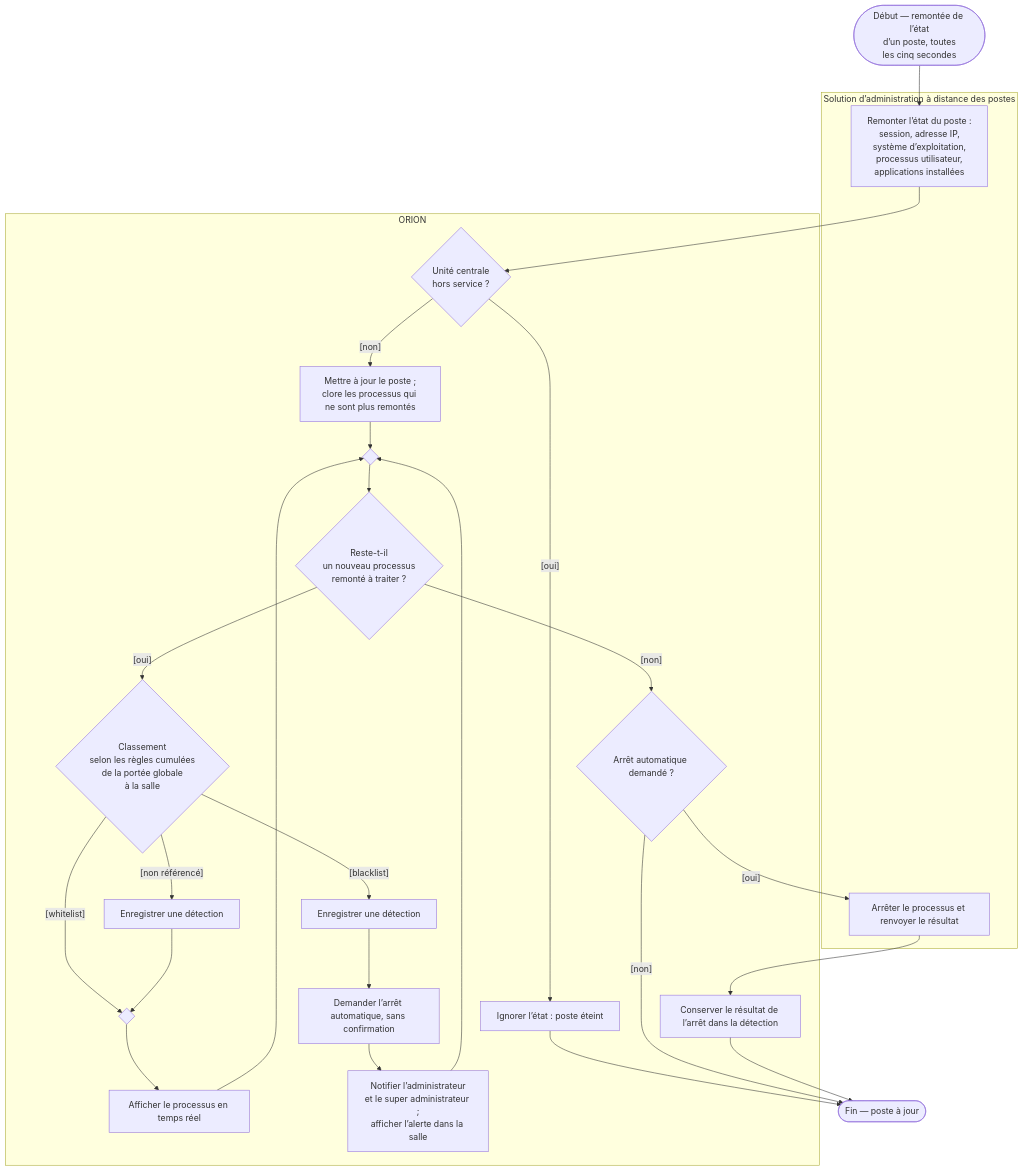
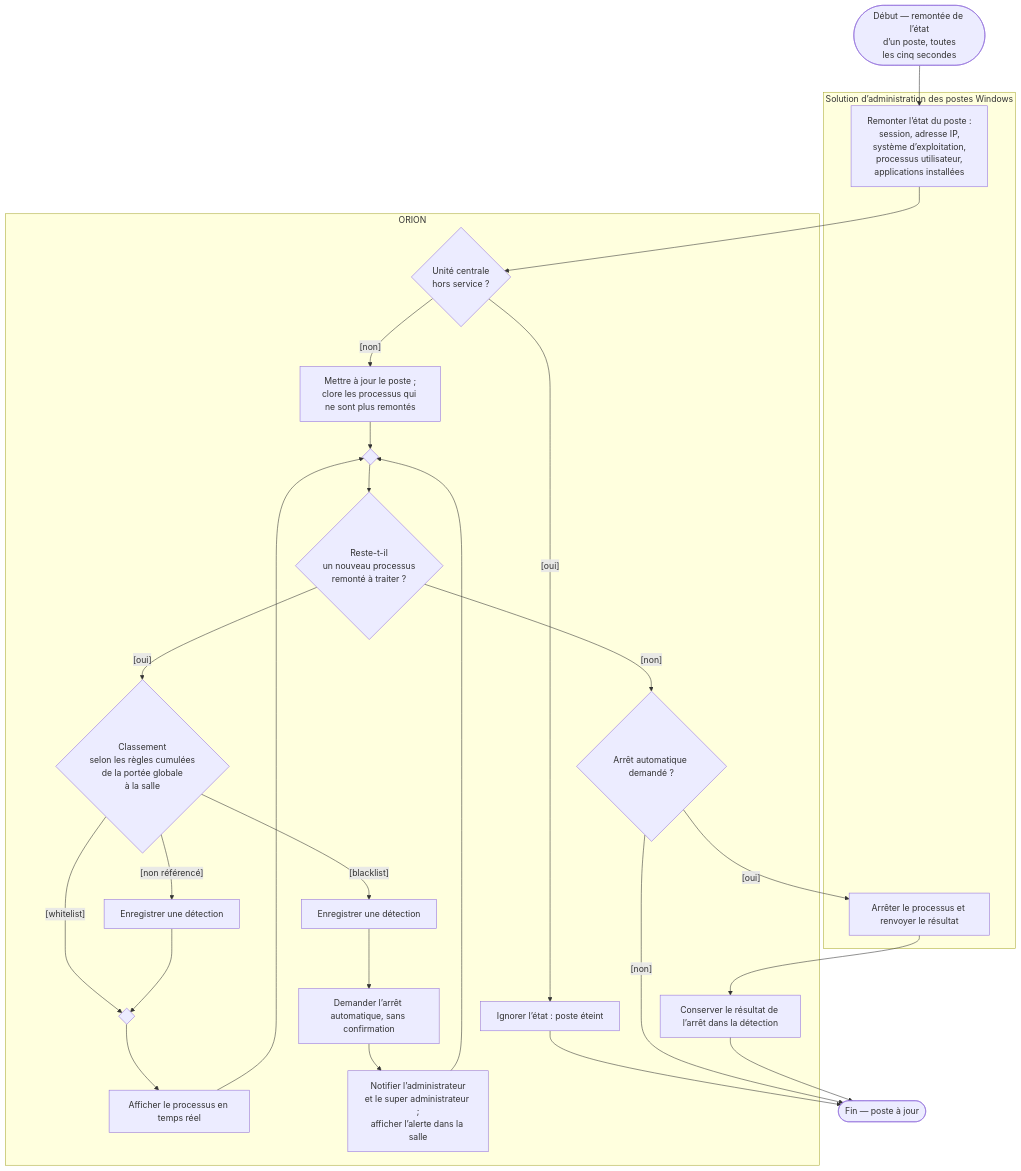
One commit to bpierrelouis/aster changed diagram 12 of 19 in docs/02-ANALYSE/02-CAPTURE-DES-BESOINS/08-DIAGRAMMES-ACTIVITE-CAS-UTILISATION.md. Above: the diagram before and after it, drawn with Mermaid. The commit also changed other lines of this file and 20 other files, not shown here.

Commit message:
docs(diagrammes): corriger la notation et les multiplicités des diagrammes UML

````diff
--- a/docs/02-ANALYSE/02-CAPTURE-DES-BESOINS/08-DIAGRAMMES-ACTIVITE-CAS-UTILISATION.md
+++ b/docs/02-ANALYSE/02-CAPTURE-DES-BESOINS/08-DIAGRAMMES-ACTIVITE-CAS-UTILISATION.md
@@ -400,39 +400,39 @@
 ```mermaid
 flowchart TD
     debut(["Début — remontée de l’état<br/>d’un poste, toutes<br/>les cinq secondes"])
     fin(["Fin — poste à jour"])
 
-    subgraph POSTES["Solution d’administration à distance des postes"]
+    subgraph POSTES["Solution d’administration des postes Windows"]
         remonter["Remonter l’état du poste :<br/>session, adresse IP,<br/>système d’exploitation,<br/>processus utilisateur,<br/>applications installées"]
         arreter["Arrêter le processus et renvoyer le résultat"]
     end
 
     subgraph SYSTEME["ORION"]
         hs{"Unité centrale<br/>hors service ?"}
         ignorer["Ignorer l’état : poste éteint"]
         mettreAJour["Mettre à jour le poste ;<br/>clore les processus qui ne sont plus remontés"]
         fusionProcessus{" "}
         nouveau{"Reste-t-il<br/>un nouveau processus<br/>remonté à traiter ?"}
         classer{"Classement<br/>selon les règles cumulées<br/>de la portée globale<br/>à la salle"}
         detection["Enregistrer une détection"]
         fusionAfficher{" "}
         afficher["Afficher le processus en temps réel"]
         detectionInterdite["Enregistrer une détection"]
         demander["Demander l’arrêt automatique, sans confirmation"]
         notifier["Notifier l’administrateur<br/>et le super administrateur ;<br/>afficher l’alerte dans la salle"]
         arret{"Arrêt automatique demandé ?"}
         conserver["Conserver le résultat de l’arrêt dans la détection"]
     end
 
     debut --> remonter --> hs
     hs -->|"[oui]"| ignorer --> fin
     hs -->|"[non]"| mettreAJour --> fusionProcessus --> nouveau
     nouveau -->|"[oui]"| classer
     classer -->|"[whitelist]"| fusionAfficher
     classer -->|"[non référencé]"| detection --> fusionAfficher
     fusionAfficher --> afficher --> fusionProcessus
     classer -->|"[blacklist]"| detectionInterdite --> demander --> notifier --> fusionProcessus
     nouveau -->|"[non]"| arret
     arret -->|"[non]"| fin
     arret -->|"[oui]"| arreter --> conserver --> fin
 ```
````
